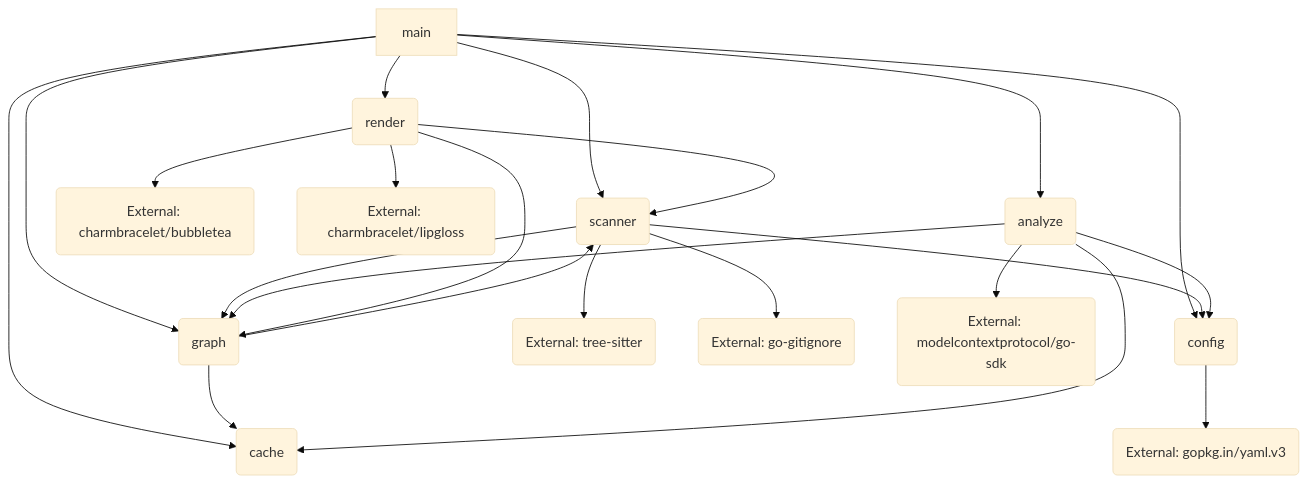
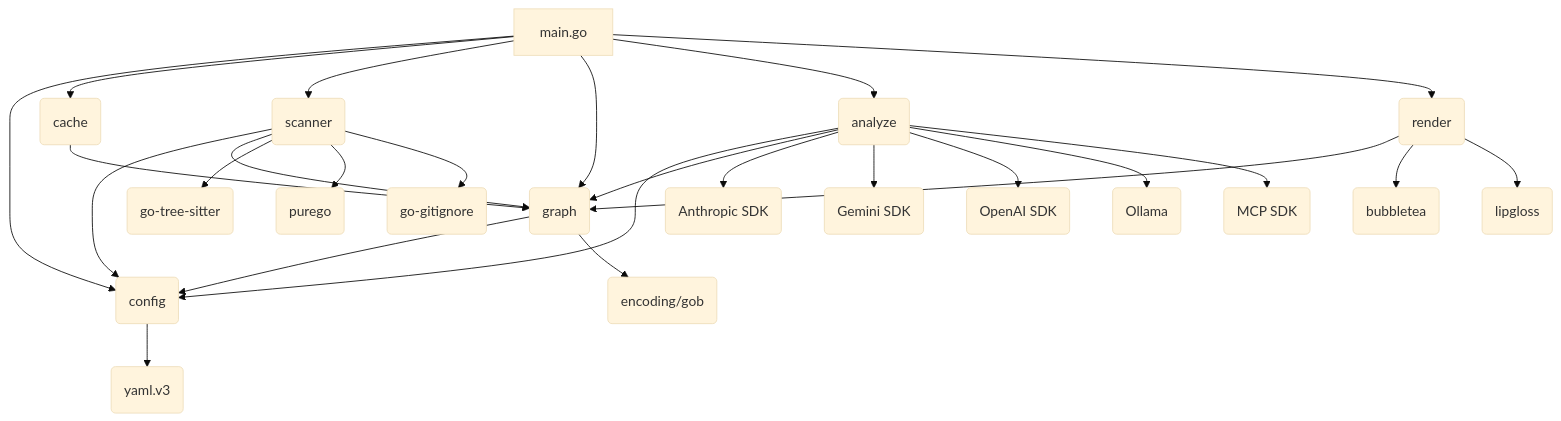
The diagram in .ai/docs/dependency_analysis.md (quantmind-br/codemap), drawn with Mermaid (base theme) before and after one commit. The commit also changed other lines of this file and 38 other files, not shown here.

````diff
--- a/.ai/docs/dependency_analysis.md
+++ b/.ai/docs/dependency_analysis.md
@@ -81,29 +71,33 @@
 ```mermaid
 graph TD
-    A[main] --> B(config);
+    A[main.go] --> B(config);
     A --> C(cache);
     A --> D(scanner);
     A --> E(graph);
     A --> F(analyze);
     A --> G(render);
 
+    F --> B;
+    F --> E;
+    F --> F1(Anthropic SDK);
+    F --> F2(Gemini SDK);
+    F --> F3(OpenAI SDK);
+    F --> F4(Ollama);
+    F --> F5(MCP SDK);
+
+    D --> B;
     D --> E;
-    D --> B;
-    D --> H(External: tree-sitter);
-    D --> I(External: go-gitignore);
+    D --> D1(go-tree-sitter);
+    D --> D2(purego);
+    D --> D3(go-gitignore);
 
-    E --> C;
-    E --> D;
+    E --> B;
+    E --> E1(encoding/gob);
 
-    F --> B;
-    F --> C;
-    F --> E;
-    F --> J(External: modelcontextprotocol/go-sdk);
+    G --> E;
+    G --> G1(bubbletea);
+    G --> G2(lipgloss);
 
-    G --> D;
-    G --> E;
-    G --> K(External: charmbracelet/bubbletea);
-    G --> L(External: charmbracelet/lipgloss);
-
-    B --> M(External: gopkg.in/yaml.v3);
+    B --> B1(yaml.v3);
+    C --> E;
 ```
````
